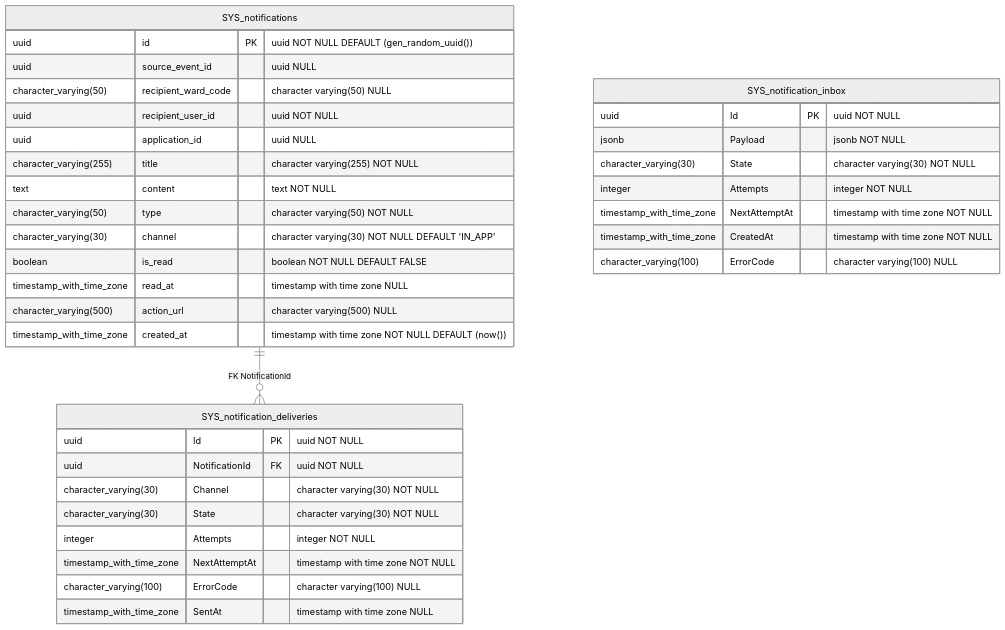
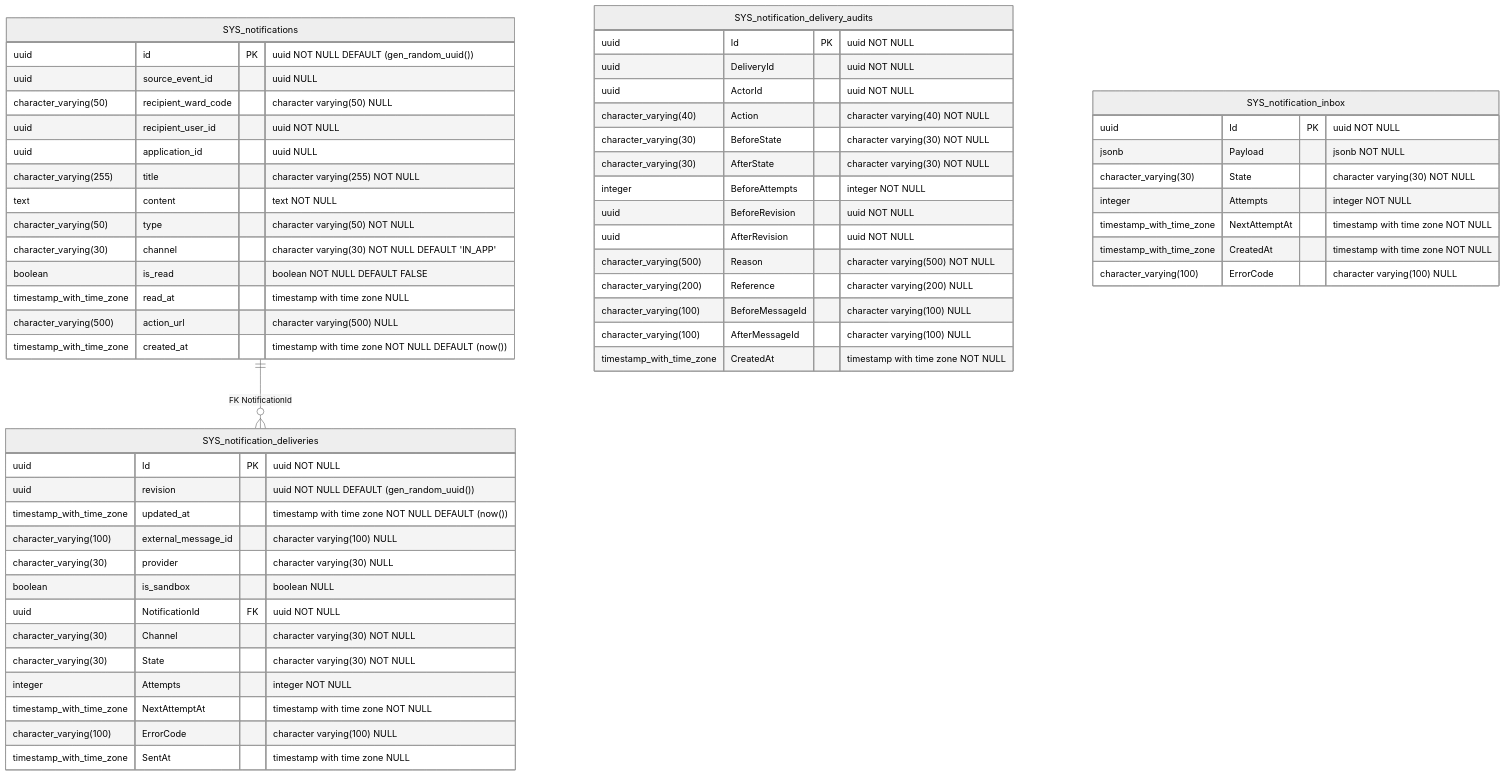
Before and after one commit to wardmate-capstone/wardmate-backend: the diagram in docs/diagrams/erd/physical-NotificationDbContext.mmd, drawn with Mermaid (neutral theme). The commit also changed 20 other files, not shown here.

Commit message:
docs(erd): update diagrams and schema inventory for knowledge base and delivery audits

```diff
--- a/docs/diagrams/erd/physical-NotificationDbContext.mmd
+++ b/docs/diagrams/erd/physical-NotificationDbContext.mmd
@@ -1,36 +1,57 @@
 erDiagram
     SYS_notifications ||--o{ SYS_notification_deliveries : "FK NotificationId"
+    SYS_notification_delivery_audits {
+        uuid Id PK "uuid NOT NULL"
+        uuid DeliveryId "uuid NOT NULL"
+        uuid ActorId "uuid NOT NULL"
+        character_varying(40) Action "character varying(40) NOT NULL"
+        character_varying(30) BeforeState "character varying(30) NOT NULL"
+        character_varying(30) AfterState "character varying(30) NOT NULL"
+        integer BeforeAttempts "integer NOT NULL"
+        uuid BeforeRevision "uuid NOT NULL"
+        uuid AfterRevision "uuid NOT NULL"
+        character_varying(500) Reason "character varying(500) NOT NULL"
+        character_varying(200) Reference "character varying(200) NULL"
+        character_varying(100) BeforeMessageId "character varying(100) NULL"
+        character_varying(100) AfterMessageId "character varying(100) NULL"
+        timestamp_with_time_zone CreatedAt "timestamp with time zone NOT NULL"
+    }
     SYS_notification_inbox {
         uuid Id PK "uuid NOT NULL"
         jsonb Payload "jsonb NOT NULL"
         character_varying(30) State "character varying(30) NOT NULL"
         integer Attempts "integer NOT NULL"
         timestamp_with_time_zone NextAttemptAt "timestamp with time zone NOT NULL"
         timestamp_with_time_zone CreatedAt "timestamp with time zone NOT NULL"
         character_varying(100) ErrorCode "character varying(100) NULL"
     }
     SYS_notifications {
         uuid id PK "uuid NOT NULL DEFAULT (gen_random_uuid())"
         uuid source_event_id "uuid NULL"
         character_varying(50) recipient_ward_code "character varying(50) NULL"
         uuid recipient_user_id "uuid NOT NULL"
         uuid application_id "uuid NULL"
         character_varying(255) title "character varying(255) NOT NULL"
         text content "text NOT NULL"
         character_varying(50) type "character varying(50) NOT NULL"
         character_varying(30) channel "character varying(30) NOT NULL DEFAULT 'IN_APP'"
         boolean is_read "boolean NOT NULL DEFAULT FALSE"
         timestamp_with_time_zone read_at "timestamp with time zone NULL"
         character_varying(500) action_url "character varying(500) NULL"
         timestamp_with_time_zone created_at "timestamp with time zone NOT NULL DEFAULT (now())"
     }
     SYS_notification_deliveries {
         uuid Id PK "uuid NOT NULL"
+        uuid revision "uuid NOT NULL DEFAULT (gen_random_uuid())"
+        timestamp_with_time_zone updated_at "timestamp with time zone NOT NULL DEFAULT (now())"
+        character_varying(100) external_message_id "character varying(100) NULL"
+        character_varying(30) provider "character varying(30) NULL"
+        boolean is_sandbox "boolean NULL"
         uuid NotificationId FK "uuid NOT NULL"
         character_varying(30) Channel "character varying(30) NOT NULL"
         character_varying(30) State "character varying(30) NOT NULL"
         integer Attempts "integer NOT NULL"
         timestamp_with_time_zone NextAttemptAt "timestamp with time zone NOT NULL"
         character_varying(100) ErrorCode "character varying(100) NULL"
         timestamp_with_time_zone SentAt "timestamp with time zone NULL"
     }
```
